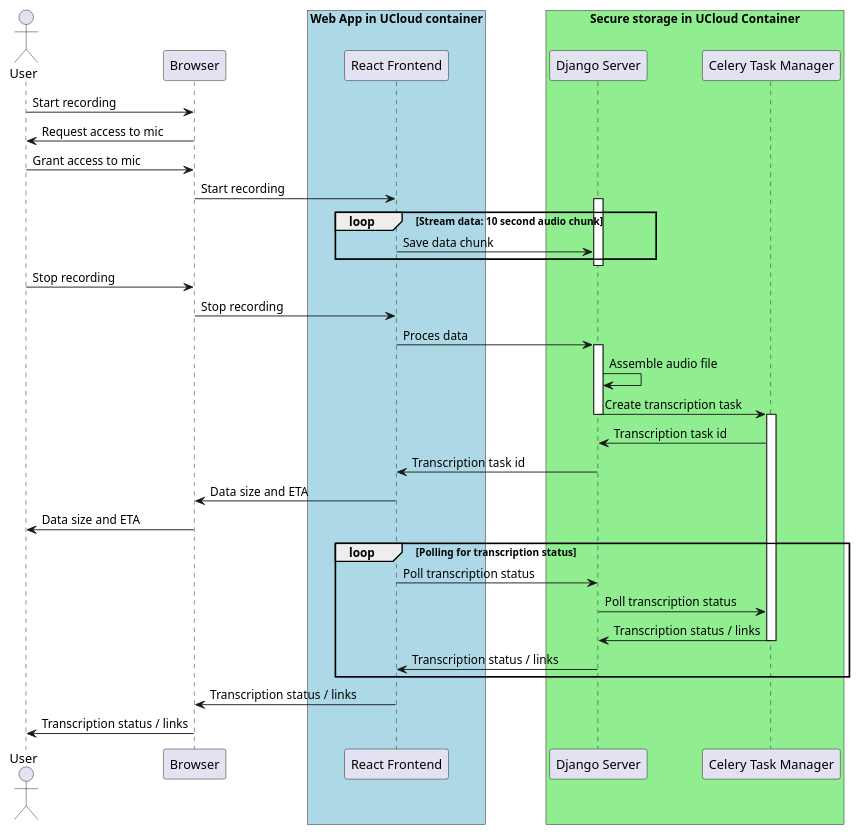
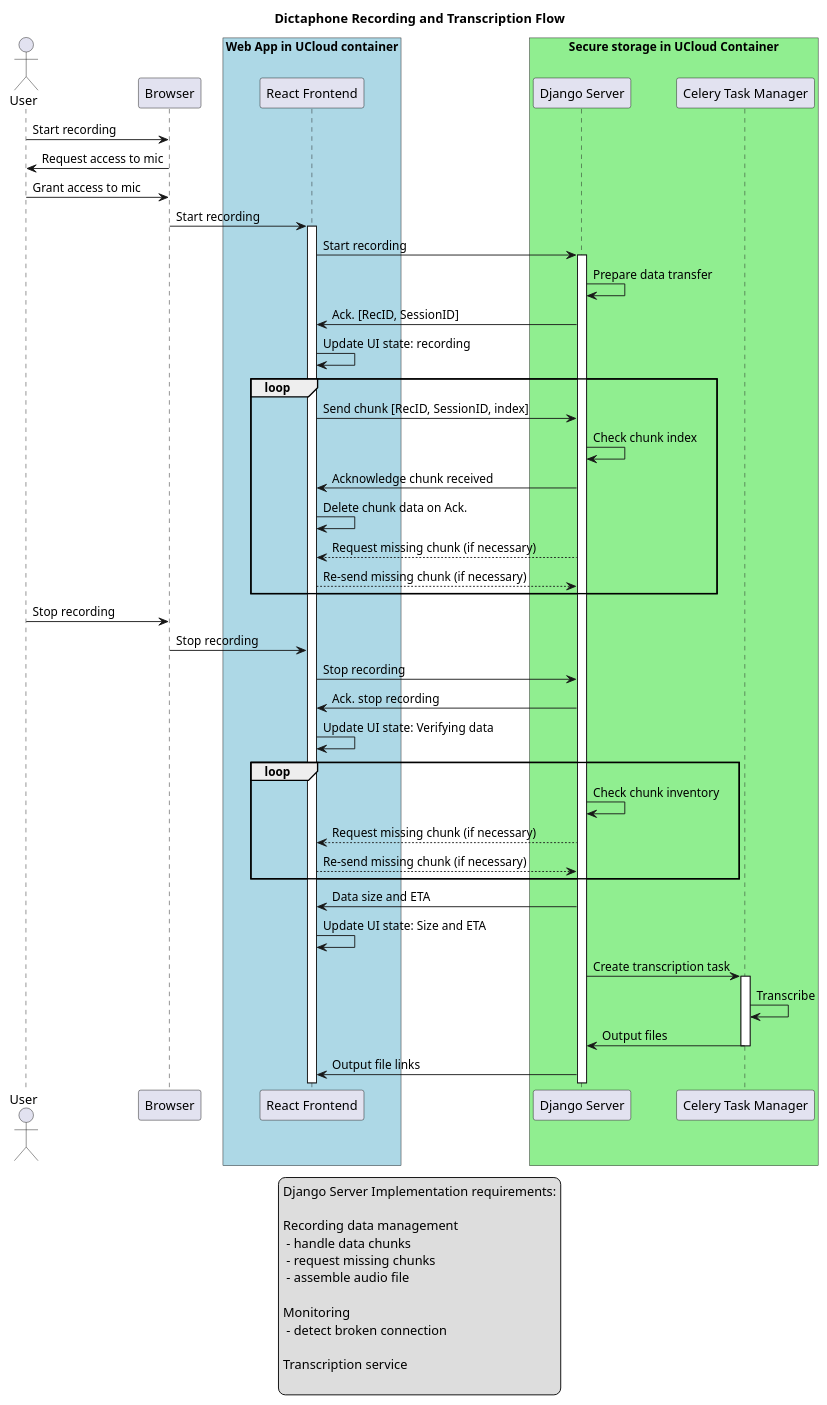
One commit to aau-claaudia/dictaphone changed the diagram in documentation/architecture.puml. Above: the diagram before and after it, drawn with PlantUML. The commit also changed 1 other file, not shown here.

Commit message:
Updated sequence diagram.

```diff
--- a/documentation/architecture.puml
+++ b/documentation/architecture.puml
@@ -1,44 +1,67 @@
 @startuml
+title Dictaphone Recording and Transcription Flow
 actor User as U
 participant "Browser" as BR
 box "Web App in UCloud container" #LightBlue
 participant "React Frontend" as RF
 end box
 box "Secure storage in UCloud Container" #LightGreen
 participant "Django Server" as DS
 participant "Celery Task Manager" as C
 end box
 
+
 U -> BR: Start recording
 BR -> U: Request access to mic
 U -> BR: Grant access to mic
 BR -> RF: Start recording
-loop Stream data: 10 second audio chunk
-    activate DS
-    RF -> DS: Save data chunk
+activate RF
+RF -> DS: Start recording
+activate DS
+DS -> DS: Prepare data transfer
+DS -> RF: Ack. [RecID, SessionID]
+RF -> RF: Update UI state: recording
+loop
+    RF -> DS: Send chunk [RecID, SessionID, index]
+    DS -> DS: Check chunk index
+    DS -> RF: Acknowledge chunk received
+    RF -> RF: Delete chunk data on Ack.
+    DS --> RF: Request missing chunk (if necessary)
+    RF --> DS: Re-send missing chunk (if necessary)
 end
-deactivate DS
 U -> BR: Stop recording
 BR -> RF: Stop recording
-RF -> DS: Proces data
-activate DS
-DS -> DS: Assemble audio file
+RF -> DS: Stop recording
+DS -> RF: Ack. stop recording
+RF -> RF: Update UI state: Verifying data
+loop
+DS -> DS: Check chunk inventory
+DS --> RF: Request missing chunk (if necessary)
+RF --> DS: Re-send missing chunk (if necessary)
+end
+DS -> RF: Data size and ETA
+RF -> RF: Update UI state: Size and ETA
 DS -> C: Create transcription task
-deactivate DS
 activate C
-C -> DS: Transcription task id
-DS -> RF: Transcription task id
-RF -> BR: Data size and ETA
-BR -> U: Data size and ETA
+C -> C: Transcribe
+C -> DS: Output files
+deactivate C
+DS -> RF: Output file links
 
-loop Polling for transcription status
-    RF -> DS: Poll transcription status
-    DS -> C: Poll transcription status
-    C -> DS: Transcription status / links
-    deactivate C
-    DS -> RF: Transcription status / links
-end
-RF -> BR: Transcription status / links
-BR -> U: Transcription status / links
+legend bottom
+Django Server Implementation requirements:
+
+Recording data management
+ - handle data chunks
+ - request missing chunks
+ - assemble audio file
+
+Monitoring
+ - detect broken connection
+
+Transcription service
+
+endlegend
+
 
 @enduml
```
